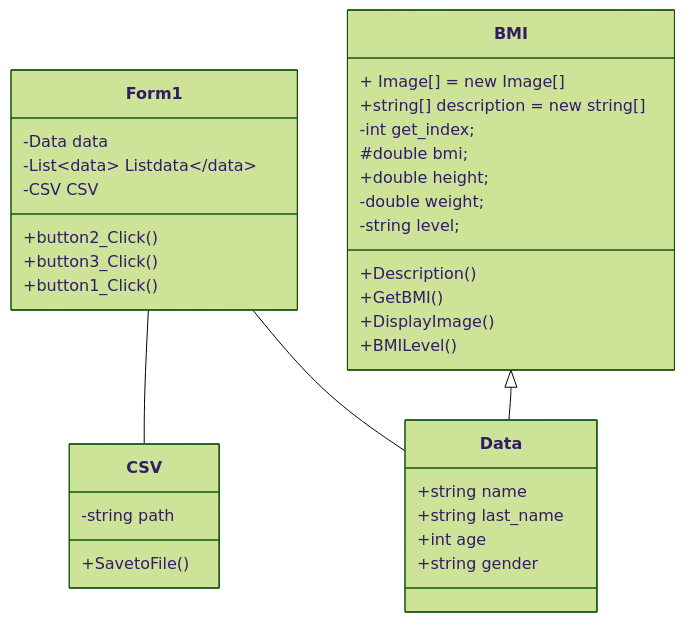
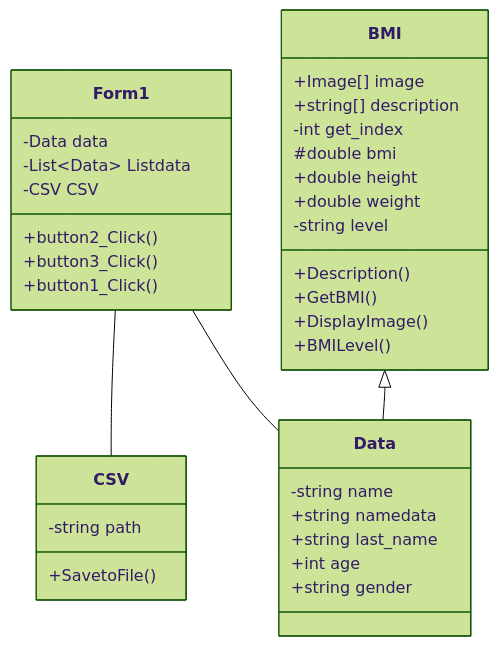
The diagram in README.md (phop01/Final-Project), drawn with Mermaid (forest theme) before and after one commit. The commit also changed other lines of this file, not shown here.

First line of the commit message:
Rewrite README with features, BMI table and run instructions

````diff
--- a/README.md
+++ b/README.md
@@ -6,40 +62,38 @@
 ```mermaid
 classDiagram
     Form1 -- CSV
     Form1 -- Data
     BMI <|-- Data
     class Form1{
         -Data data
-        -List<Data> Listdata
+        -List~Data~ Listdata
         -CSV CSV
         +button2_Click()
         +button3_Click()
         +button1_Click()
-
     }
     class Data{
-      +string name
-      +string last_name
-      +int age
-      +string gender
+        -string name
+        +string namedata
+        +string last_name
+        +int age
+        +string gender
     }
     class BMI{
-      + Image[] = new Image[]
-      +string[] description = new string[]
-      -int get_index;
-      #double bmi;
-      +double height;
-      -double weight;
-      -string level;
-      +Description()
-      +GetBMI()
-      +DisplayImage()
-      +BMILevel()
-
+        +Image[] image
+        +string[] description
+        -int get_index
+        #double bmi
+        +double height
+        +double weight
+        -string level
+        +Description()
+        +GetBMI()
+        +DisplayImage()
+        +BMILevel()
     }
     class CSV{
-      -string path
-      +SavetoFile()
-      
+        -string path
+        +SavetoFile()
     }
-``` 
+```
````
